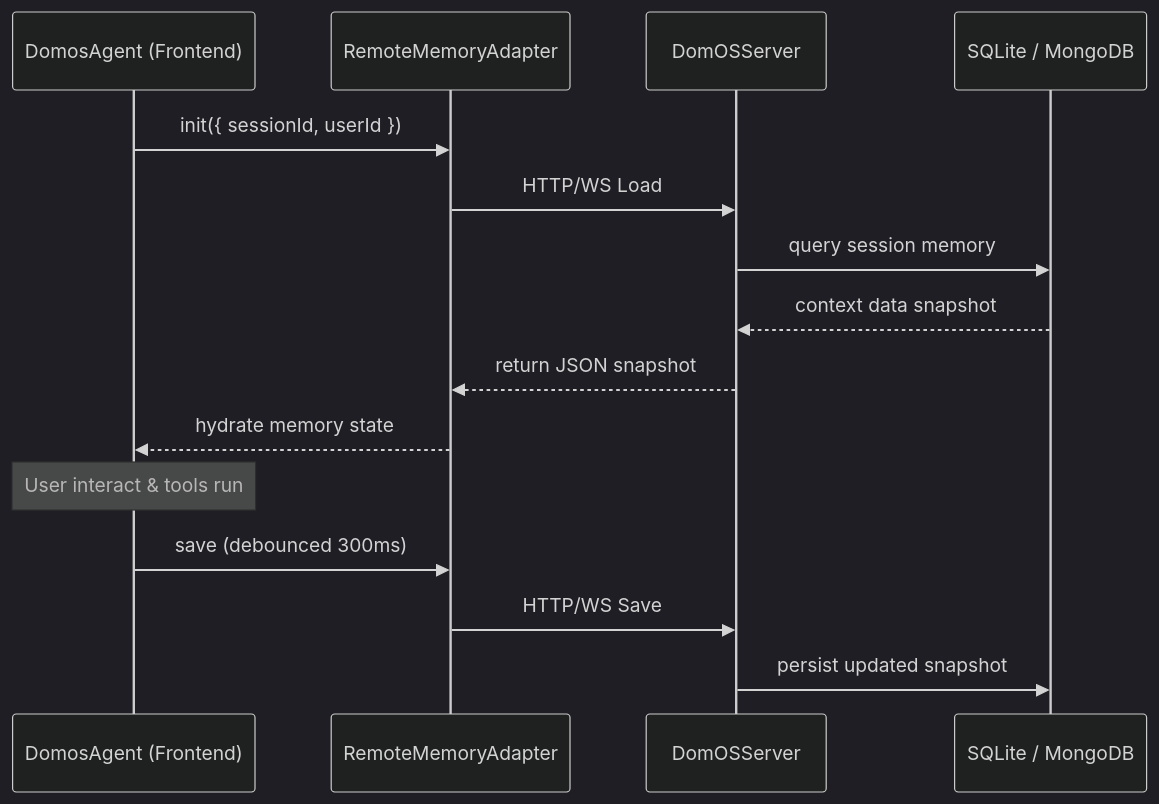
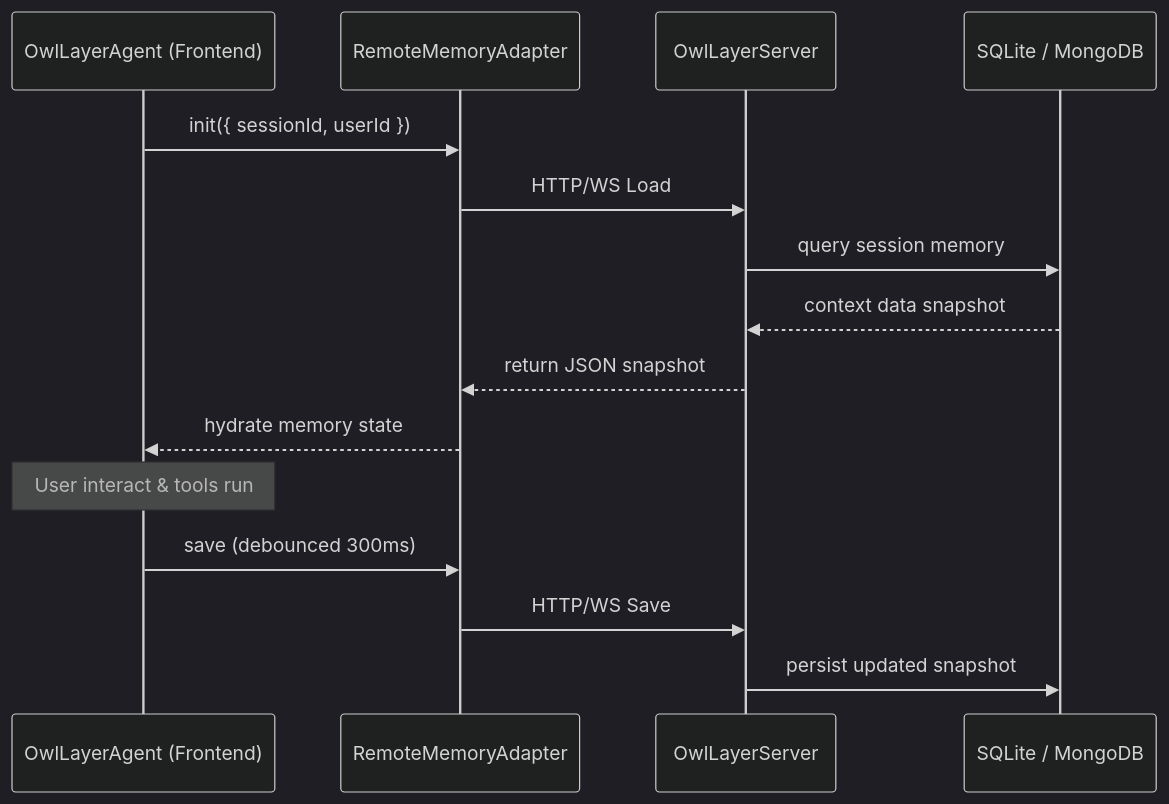
One commit to borisbob91/owllayer changed the diagram in docs-site/agent-memory.md. Above: the diagram before and after it, drawn with Mermaid (dark theme). The commit also changed other lines of this file and 851 other files, not shown here.

First line of the commit message:
wip: migration globale DomOS -> OwlLayer et ADTP -> AITP

````diff
--- a/docs-site/agent-memory.md
+++ b/docs-site/agent-memory.md
@@ -14,20 +14,20 @@
 ```mermaid
 sequenceDiagram
-    participant Client as DomosAgent (Frontend)
+    participant Client as OwlLayerAgent (Frontend)
     participant Adapter as RemoteMemoryAdapter
-    participant Server as DomOSServer
+    participant Server as OwlLayerServer
     participant DB as SQLite / MongoDB
 
     Client->>Adapter: init({ sessionId, userId })
     Adapter->>Server: HTTP/WS Load
     Server->>DB: query session memory
     DB-->>Server: context data snapshot
     Server-->>Adapter: return JSON snapshot
     Adapter-->>Client: hydrate memory state
     
     Note over Client: User interact & tools run
     
     Client->>Adapter: save (debounced 300ms)
     Adapter->>Server: HTTP/WS Save
     Server->>DB: persist updated snapshot
 ```
````
